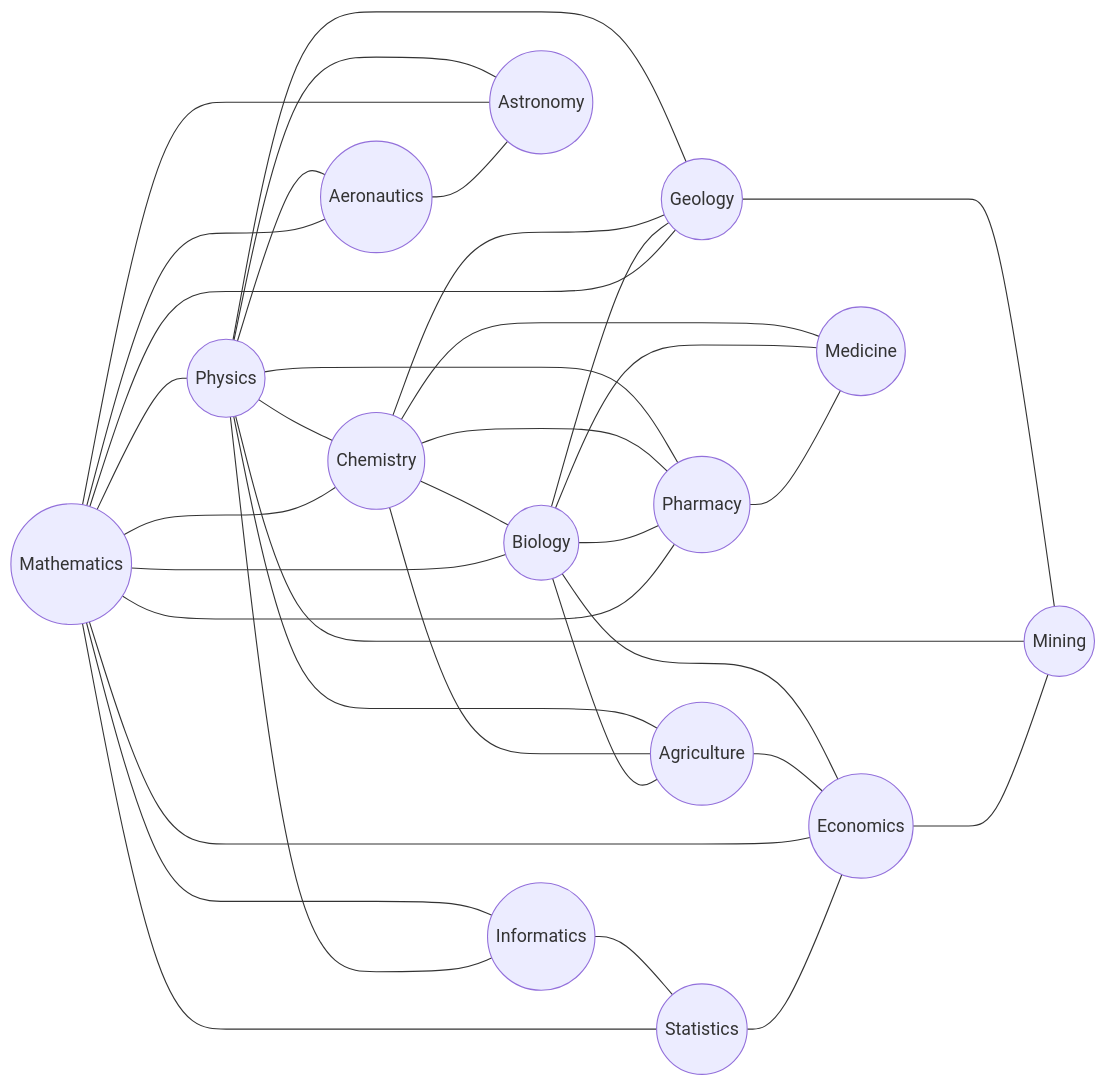
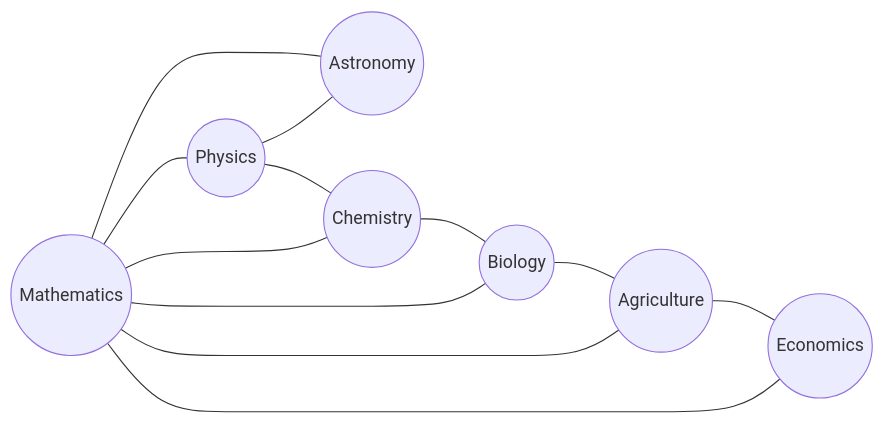
One commit to dudung/moparc changed the diagram in README.md. Above: the diagram before and after it, drawn with Mermaid.

Commit message:
simplifye

````diff
--- a/README.md
+++ b/README.md
@@ -6,45 +6,47 @@
 ```mermaid
 flowchart LR
   %% links
-  phys --- chem --- biol --- econ
-  agri --- econ
-  phys --- astr & aero
-  phys & chem & biol --- agri & geol & phar
-  chem & biol & phar --- medi
-  math --- aero & astr & biol & chem & econ & geol & phys & phar
-  aero --- astr
-  math & phys ---- info --- stat --- econ
-  math ----- stat
-  geol & phys & econ ---- mine
+  math & phys --- astr
+  math --- phys & chem & biol & agri & econ
+  phys --- chem --- biol --- agri  --- econ
+  %%agri --- econ
+  %%phys --- astr & aero
+  %%phys & chem & biol --- agri & geol & phar
+  %%chem & biol & phar --- medi
+  %%math --- aero & astr & biol & chem & econ & geol & phys & phar
+  %%aero --- astr
+  %%math & phys ---- info --- stat --- econ
+  %%math ----- stat
+  %%geol & phys & econ ---- mine
   %% elements
-  aero(( Aeronautics ))
+  %%aero(( Aeronautics ))
   agri(( Agriculture ))
   astr(( Astronomy ))
   biol(( Biology ))
   chem(( Chemistry ))
   econ(( Economics ))
-  geol(( Geology ))
-  info(( Informatics ))
+  %%geol(( Geology ))
+  %%info(( Informatics ))
   math(( Mathematics ))
-  medi(( Medicine ))
-  mine(( Mining ))
-  phar(( Pharmacy))
+  %%medi(( Medicine ))
+  %%mine(( Mining ))
+  %%phar(( Pharmacy))
   phys(( Physics ))
-  stat(( Statistics ))
+  %%stat(( Statistics ))
   %% pages
-  click aero "https://github.com/dudung/moparc/tree/main/aero" _self
+  %%click aero "https://github.com/dudung/moparc/tree/main/aero" _self
   click agri "https://github.com/dudung/moparc/tree/main/agri" _self
   click astr "https://github.com/dudung/moparc/tree/main/astr" _self
   click biol "https://github.com/dudung/moparc/tree/main/biol" _self
   click chem "https://github.com/dudung/moparc/tree/main/chem" _self
   click econ "https://github.com/dudung/moparc/tree/main/econ" _self
-  click geol "https://github.com/dudung/moparc/tree/main/geol" _self
-  click geol "https://github.com/dudung/moparc/tree/main/info" _self
+  %% click info "https://github.com/dudung/moparc/tree/main/info" _self
+  %%click geol "https://github.com/dudung/moparc/tree/main/geol" _self
   click math "https://github.com/dudung/moparc/tree/main/math" _self
-  click medi "https://github.com/dudung/moparc/tree/main/medi" _self
-  click mine "https://github.com/dudung/moparc/tree/main/mine" _self
-  click phar "https://github.com/dudung/moparc/tree/main/phar" _self
+  %%click medi "https://github.com/dudung/moparc/tree/main/medi" _self
+  %%click mine "https://github.com/dudung/moparc/tree/main/mine" _self
+  %%click phar "https://github.com/dudung/moparc/tree/main/phar" _self
   click phys "https://github.com/dudung/moparc/tree/main/phys" _self
-  click stat "https://github.com/dudung/moparc/tree/main/stat" _self
+  %% click stat "https://github.com/dudung/moparc/tree/main/stat" _self
   %% styles
 ```
````
